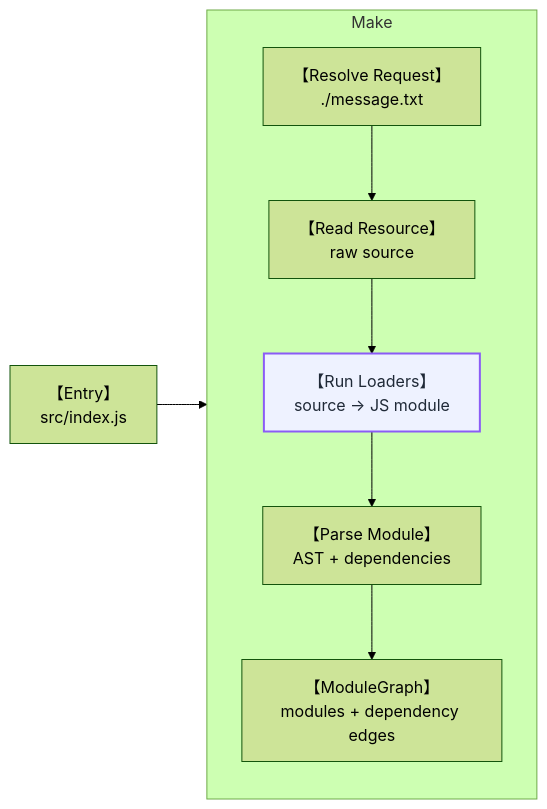
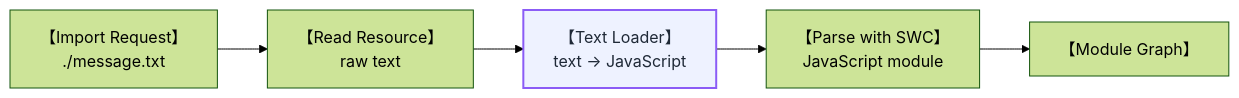
One commit to CoderSerio/blog changed the first of 5 diagrams in src/content/posts/loaders-of-rspack.md. Above: the diagram before and after it, drawn with Mermaid (forest theme). The commit also changed other lines of this file, not shown here.

Commit message:
docs: publish Feopack loader evolution

````diff
--- a/src/content/posts/loaders-of-rspack.md
+++ b/src/content/posts/loaders-of-rspack.md
@@ -50,23 +74,9 @@
 ```mermaid
 flowchart LR
-  Entry["【Entry】<br/>src/index.js"]
+  Request["【Import Request】<br/>./message.txt"] --> Read["【Read Resource】<br/>raw text"]
+  Read --> Loader["【Text Loader】<br/>text -> JavaScript"]
+  Loader --> Parse["【Parse with SWC】<br/>JavaScript module"]
+  Parse --> Graph["【Module Graph】"]
 
-  subgraph MAKE["Make"]
-    direction TB
-    Resolve["【Resolve Request】<br/>./message.txt"]
-    Read["【Read Resource】<br/>raw source"]
-    Loaders["【Run Loaders】<br/>source -> JS module"]
-    Parse["【Parse Module】<br/>AST + dependencies"]
-    ModuleGraph["【ModuleGraph】<br/>modules + dependency edges"]
-
-    Resolve --> Read
-    Read --> Loaders
-    Loaders --> Parse
-    Parse --> ModuleGraph
-  end
-
-
-  Entry --> Resolve
-
-  style Loaders fill:#eef2ff,stroke:#8b5cf6,stroke-width:2px,color:#1f2937
+  style Loader fill:#eef2ff,stroke:#8b5cf6,stroke-width:2px,color:#1f2937
 ```
````
